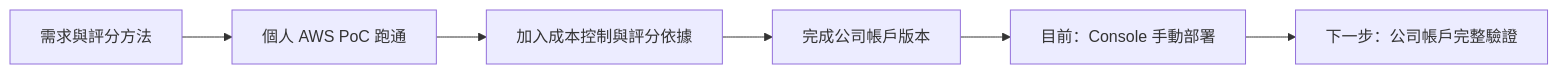
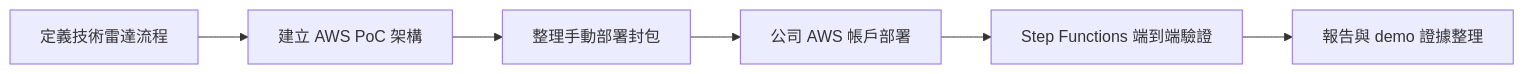
One commit to gt52bts-dotcom/internship-tech-radar changed the diagram in README.md. Above: the diagram before and after it, drawn with Mermaid. The commit also changed other lines of this file and 12 other files, not shown here.

````diff
--- a/README.md
+++ b/README.md
@@ -9,8 +9,8 @@
 ```mermaid
 flowchart LR
-    A[需求與評分方法] --> B[個人 AWS PoC 跑通]
-    B --> C[加入成本控制與評分依據]
-    C --> D[完成公司帳戶版本]
-    D --> E[目前：Console 手動部署]
-    E --> F[下一步：公司帳戶完整驗證]
+    A["定義技術雷達流程"] --> B["建立 AWS PoC 架構"]
+    B --> C["整理手動部署封包"]
+    C --> D["公司 AWS 帳戶部署"]
+    D --> E["Step Functions 端到端驗證"]
+    E --> F["報告與 demo 證據整理"]
 ```
````
